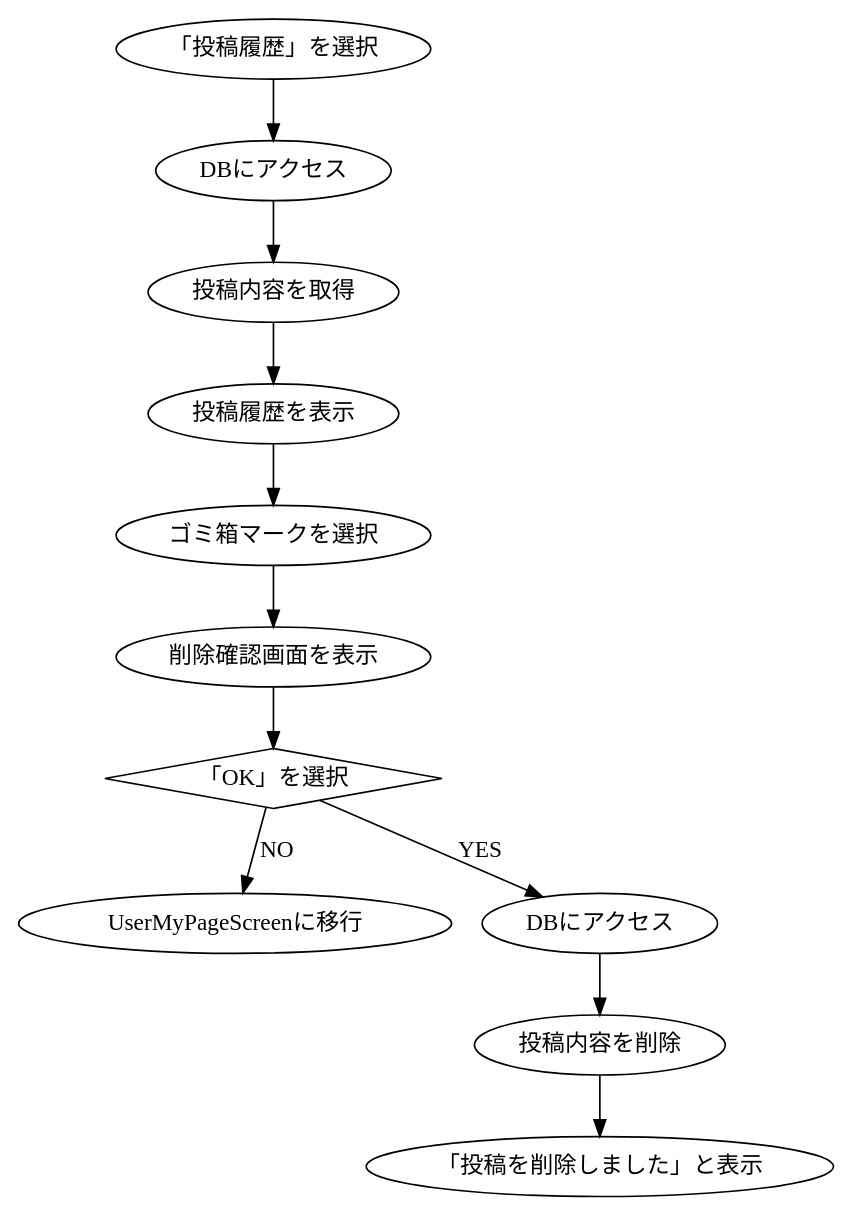
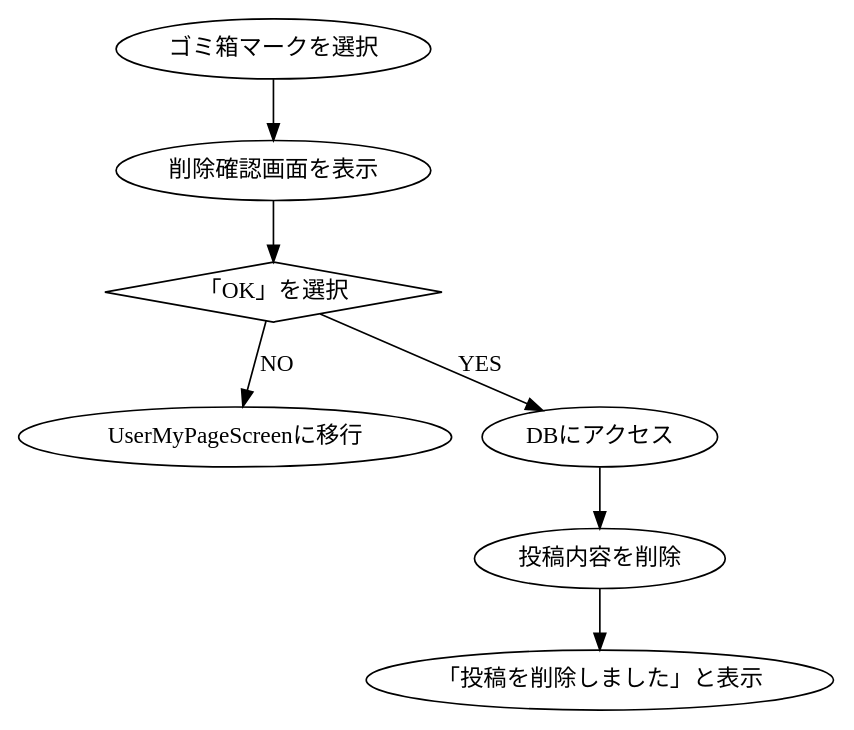
The diagram in dot/marudemaru/UserDeletePinDetail.dot (KUT-Group12/internal_design), drawn with Graphviz before and after one commit. The commit also changed 3 other files, not shown here.

```diff
--- a/dot/marudemaru/UserDeletePinDetail.dot
+++ b/dot/marudemaru/UserDeletePinDetail.dot
@@ -1,26 +1,18 @@
 digraph G {
     #include "style.doth"
 
-    serect[label = "「投稿履歴」を選択"]
-    db1[label = "DBにアクセス"]
-    get[label = "投稿内容を取得"]
-    display[label = "投稿履歴を表示"]
     trash[label = "ゴミ箱マークを選択"]
     trash_display[label = "削除確認画面を表示"]
     ok[label = "「OK」を選択", shape = diamond]
     no[label = "UserMyPageScreenに移行"]
-    db2[label = "DBにアクセス"]
+    db[label = "DBにアクセス"]
     delete[label = "投稿内容を削除"]
     delete_display[label = "「投稿を削除しました」と表示"]
 
-    serect -> db1
-    db1 -> get
-    get -> display
-    display -> trash
     trash -> trash_display
     trash_display -> ok
     ok -> no [label = "NO"]
-    ok -> db2 [label = "YES"]
-    db2 -> delete
+    ok -> db [label = "YES"]
+    db -> delete
     delete -> delete_display
 }
```
